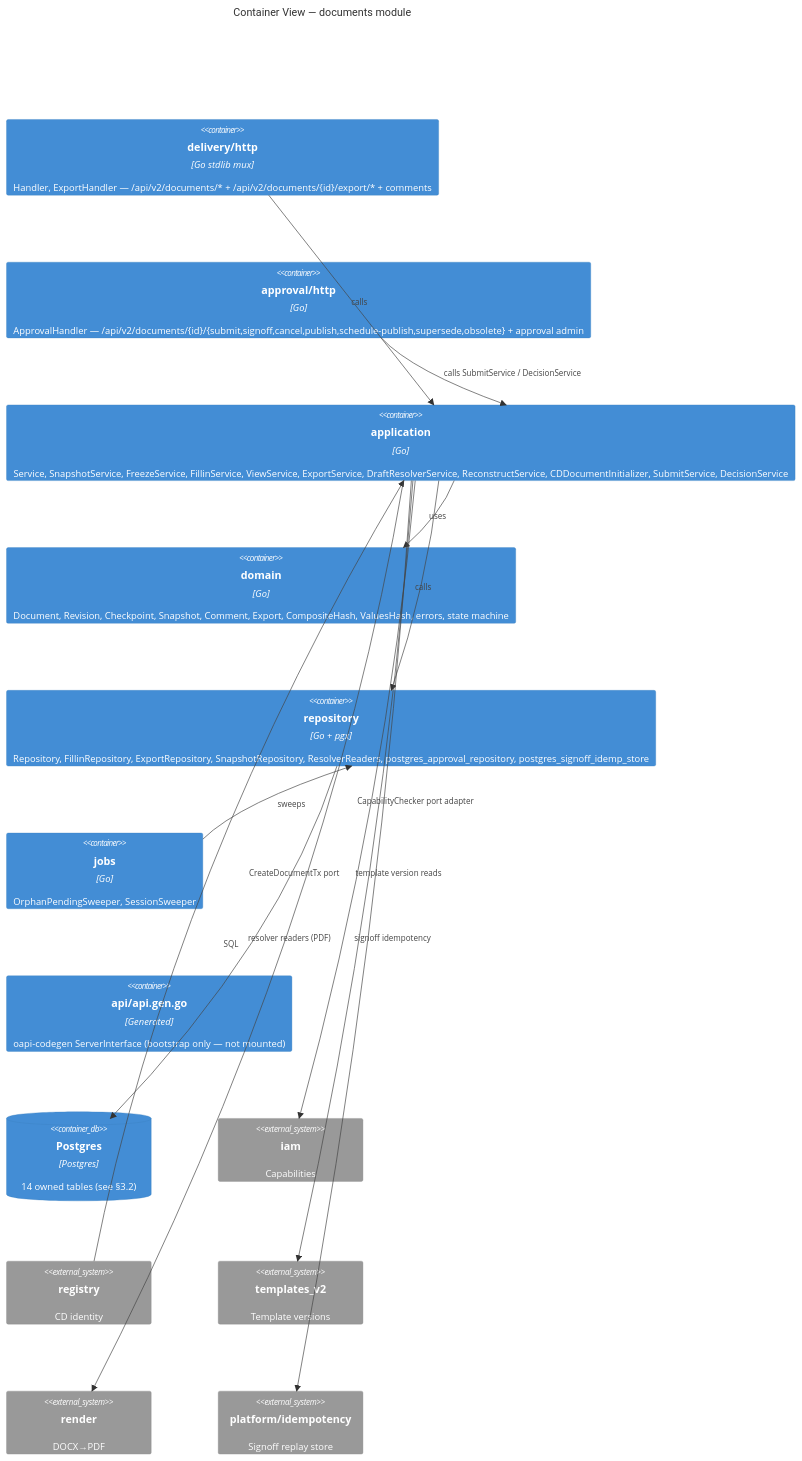
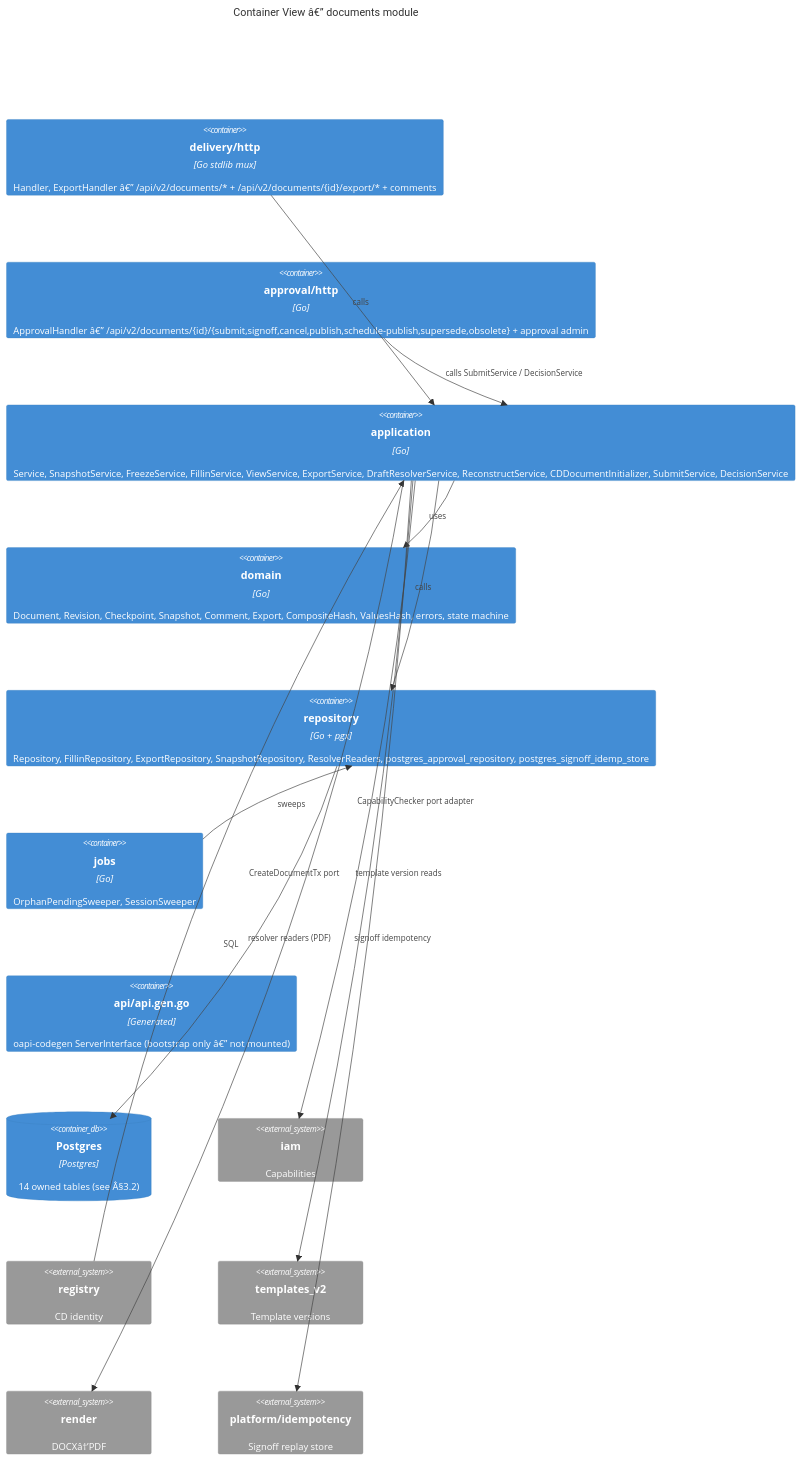
Before and after one commit to developmentconexus-ops/MetalDocs: the second of 5 diagrams in wiki/modules/documents.md, drawn with Mermaid. The commit also changed other lines of this file and 12 other files, not shown here.

````diff
--- a/wiki/modules/documents.md
+++ b/wiki/modules/documents.md
@@ -125,28 +125,28 @@
 ```mermaid
 C4Container
-    title Container View — documents module
-    Container(http, "delivery/http", "Go stdlib mux", "Handler, ExportHandler — /api/v2/documents/* + /api/v2/documents/{id}/export/* + comments")
-    Container(approvalHttp, "approval/http", "Go", "ApprovalHandler — /api/v2/documents/{id}/{submit,signoff,cancel,publish,schedule-publish,supersede,obsolete} + approval admin")
+    title Container View â€” documents module
+    Container(http, "delivery/http", "Go stdlib mux", "Handler, ExportHandler â€” /api/v2/documents/* + /api/v2/documents/{id}/export/* + comments")
+    Container(approvalHttp, "approval/http", "Go", "ApprovalHandler â€” /api/v2/documents/{id}/{submit,signoff,cancel,publish,schedule-publish,supersede,obsolete} + approval admin")
     Container(app, "application", "Go", "Service, SnapshotService, FreezeService, FillinService, ViewService, ExportService, DraftResolverService, ReconstructService, CDDocumentInitializer, SubmitService, DecisionService")
     Container(domain, "domain", "Go", "Document, Revision, Checkpoint, Snapshot, Comment, Export, CompositeHash, ValuesHash, errors, state machine")
     Container(repo, "repository", "Go + pgx", "Repository, FillinRepository, ExportRepository, SnapshotRepository, ResolverReaders, postgres_approval_repository, postgres_signoff_idemp_store")
     Container(jobs, "jobs", "Go", "OrphanPendingSweeper, SessionSweeper")
-    Container(api, "api/api.gen.go", "Generated", "oapi-codegen ServerInterface (bootstrap only — not mounted)")
-    ContainerDb(db, "Postgres", "Postgres", "14 owned tables (see §3.2)")
+    Container(api, "api/api.gen.go", "Generated", "oapi-codegen ServerInterface (bootstrap only â€” not mounted)")
+    ContainerDb(db, "Postgres", "Postgres", "14 owned tables (see Â§3.2)")
     System_Ext(iam, "iam", "Capabilities")
     System_Ext(registry, "registry", "CD identity")
     System_Ext(templates, "templates_v2", "Template versions")
-    System_Ext(render, "render", "DOCX→PDF")
+    System_Ext(render, "render", "DOCXâ†’PDF")
     System_Ext(idemp, "platform/idempotency", "Signoff replay store")
     Rel(http, app, "calls")
     Rel(approvalHttp, app, "calls SubmitService / DecisionService")
     Rel(app, domain, "uses")
     Rel(app, repo, "calls")
     Rel(repo, db, "SQL")
     Rel(jobs, repo, "sweeps")
     Rel(app, iam, "CapabilityChecker port adapter")
     Rel(registry, app, "CreateDocumentTx port")
     Rel(app, templates, "template version reads")
     Rel(app, render, "resolver readers (PDF)")
     Rel(app, idemp, "signoff idempotency")
 ```
````
